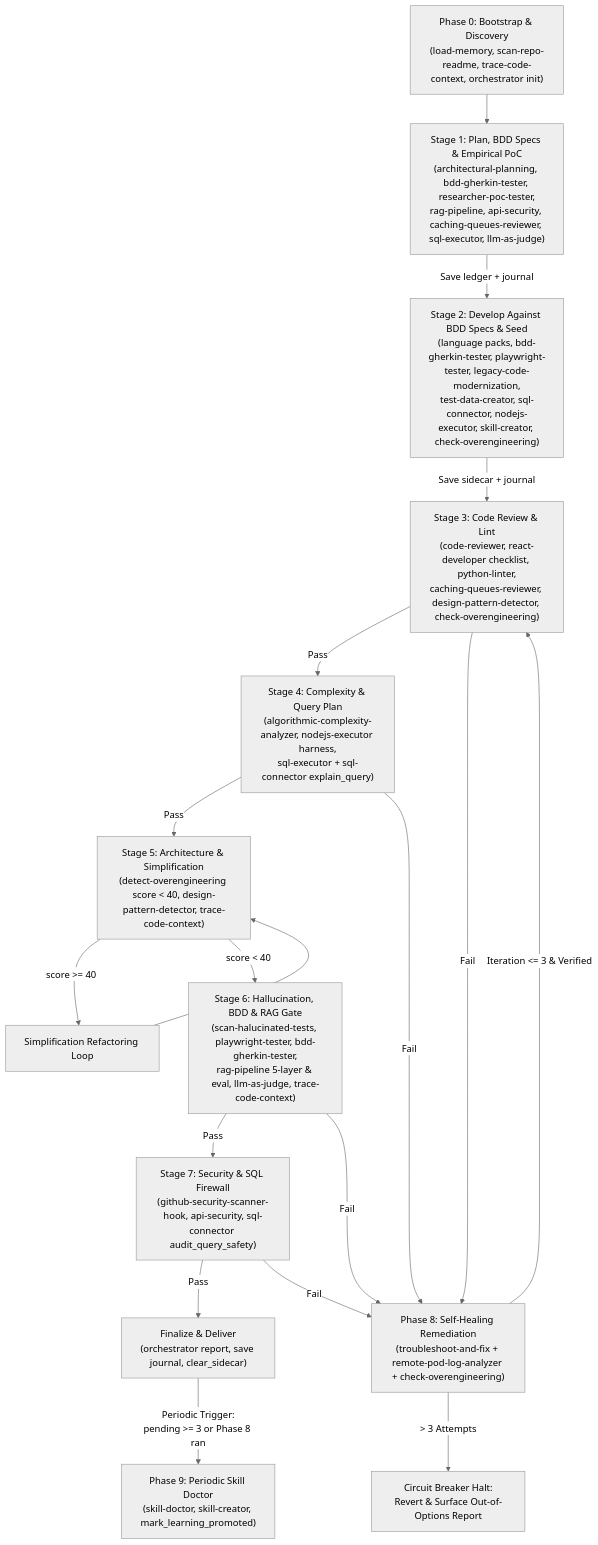
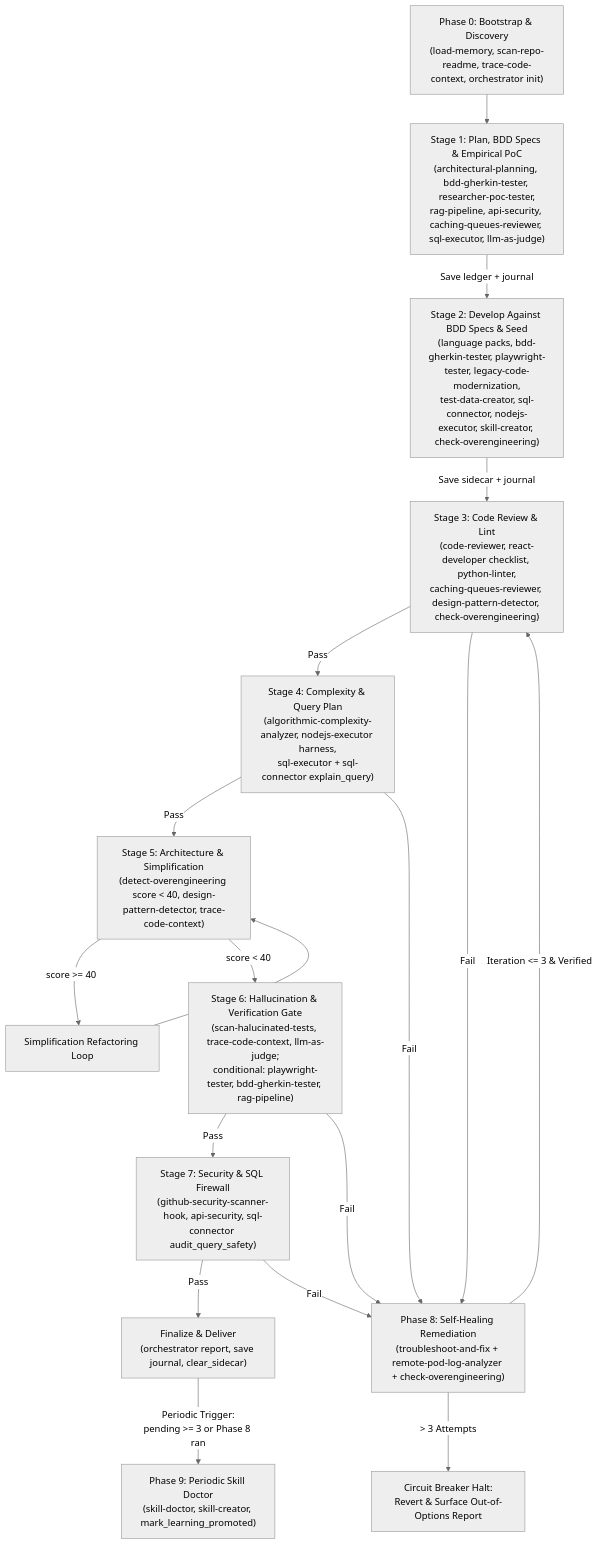
Before and after one commit to nainishshafi/developer-productivity-skills: the diagram in .github/agents/software-factory-agent.md, drawn with Mermaid (neutral theme). The commit also changed other lines of this file and 2 other files, not shown here.

Commit message:
docs: update README, remove hardcoded skill counts, and clarify Stage 6 gate

````diff
--- a/.github/agents/software-factory-agent.md
+++ b/.github/agents/software-factory-agent.md
@@ -42,23 +42,23 @@
 ```mermaid
 flowchart TD
     B["Phase 0: Bootstrap & Discovery<br/>(load-memory, scan-repo-readme, trace-code-context, orchestrator init)"] --> S1
     S1["Stage 1: Plan, BDD Specs & Empirical PoC<br/>(architectural-planning, bdd-gherkin-tester, researcher-poc-tester,<br/>rag-pipeline, api-security, caching-queues-reviewer, sql-executor, llm-as-judge)"] -->|Save ledger + journal| S2
     S2["Stage 2: Develop Against BDD Specs & Seed<br/>(language packs, bdd-gherkin-tester, playwright-tester, legacy-code-modernization,<br/>test-data-creator, sql-connector, nodejs-executor, skill-creator, check-overengineering)"] -->|Save sidecar + journal| S3
     S3["Stage 3: Code Review & Lint<br/>(code-reviewer, react-developer checklist, python-linter,<br/>caching-queues-reviewer, design-pattern-detector, check-overengineering)"] -->|Pass| S4
     S4["Stage 4: Complexity & Query Plan<br/>(algorithmic-complexity-analyzer, nodejs-executor harness,<br/>sql-executor + sql-connector explain_query)"] -->|Pass| S5
     S5["Stage 5: Architecture & Simplification<br/>(detect-overengineering score < 40, design-pattern-detector, trace-code-context)"] -->|score >= 40| S5_Loop["Simplification Refactoring Loop"]
     S5_Loop --> S5
     S5 -->|score < 40| S6
-    S6["Stage 6: Hallucination, BDD & RAG Gate<br/>(scan-halucinated-tests, playwright-tester, bdd-gherkin-tester,<br/>rag-pipeline 5-layer & eval, llm-as-judge, trace-code-context)"] -->|Pass| S7
+    S6["Stage 6: Hallucination & Verification Gate<br/>(scan-halucinated-tests, trace-code-context, llm-as-judge;<br/>conditional: playwright-tester, bdd-gherkin-tester, rag-pipeline)"] -->|Pass| S7
     S7["Stage 7: Security & SQL Firewall<br/>(github-security-scanner-hook, api-security, sql-connector audit_query_safety)"] -->|Pass| F
 
     S3 -->|Fail| R
     S4 -->|Fail| R
     S6 -->|Fail| R
     S7 -->|Fail| R
 
     R["Phase 8: Self-Healing Remediation<br/>(troubleshoot-and-fix + remote-pod-log-analyzer + check-overengineering)"] -->|"Iteration <= 3 & Verified"| S3
     R -->|"> 3 Attempts"| CB["Circuit Breaker Halt:<br/>Revert & Surface Out-of-Options Report"]
 
     F["Finalize & Deliver<br/>(orchestrator report, save journal, clear_sidecar)"] -->|"Periodic Trigger:<br/>pending >= 3 or Phase 8 ran"| SD["Phase 9: Periodic Skill Doctor<br/>(skill-doctor, skill-creator, mark_learning_promoted)"]
 ```
````
